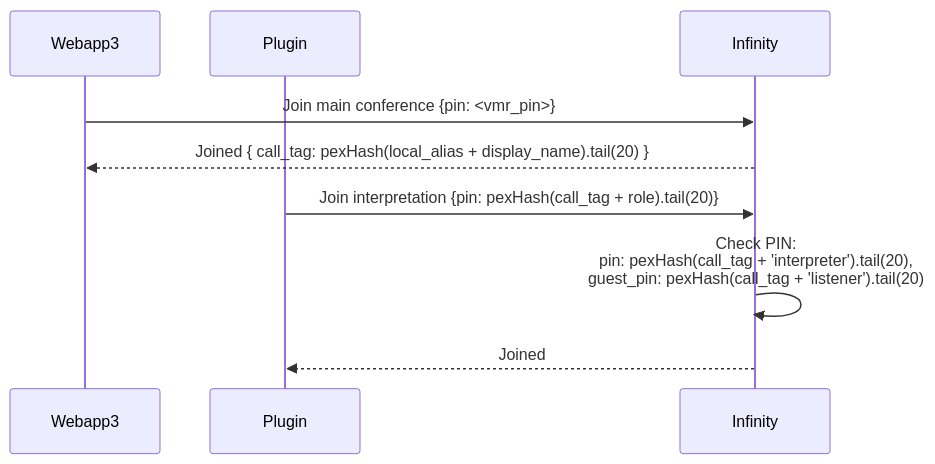
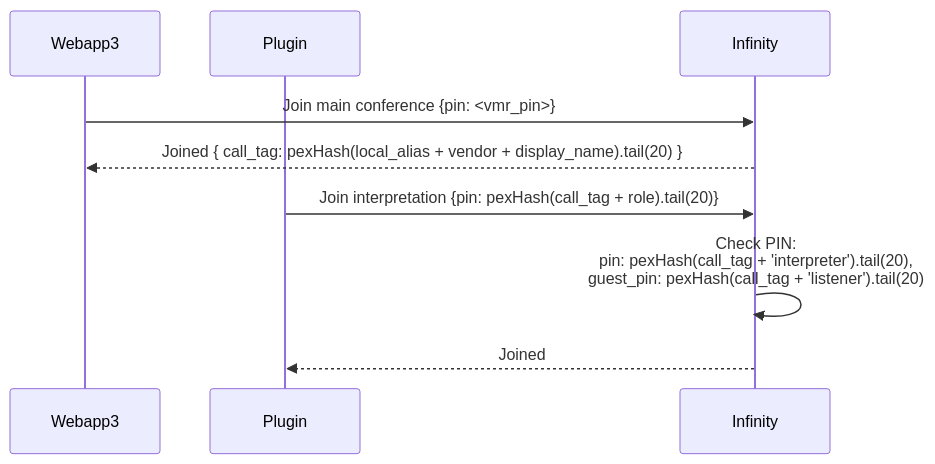
The diagram in README.md (pexip/plugin-interpretation), drawn with Mermaid before and after one commit. The commit also changed other lines of this file, not shown here.

Commit message:
chore(auth): add the vendor when generating the callTag

````diff
--- a/README.md
+++ b/README.md
@@ -213,12 +214,12 @@
 ```mermaid
 sequenceDiagram
 participant Webapp3
 participant Plugin
 participant Infinity
 
 Webapp3 ->> Infinity: Join main conference {pin: <vmr_pin>}
-Infinity -->> Webapp3: Joined { call_tag: pexHash(local_alias + display_name).tail(20) }
+Infinity -->> Webapp3: Joined { call_tag: pexHash(local_alias + vendor + display_name).tail(20) }
 Plugin ->> Infinity: Join interpretation {pin: pexHash(call_tag + role).tail(20)}
 Infinity ->> Infinity: Check PIN:<br>pin: pexHash(call_tag + 'interpreter').tail(20),<br>guest_pin: pexHash(call_tag + 'listener').tail(20)
 Infinity -->> Plugin: Joined
 ```
````
